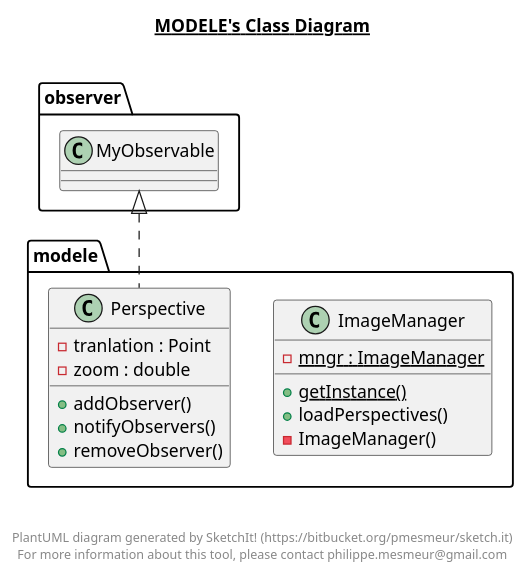
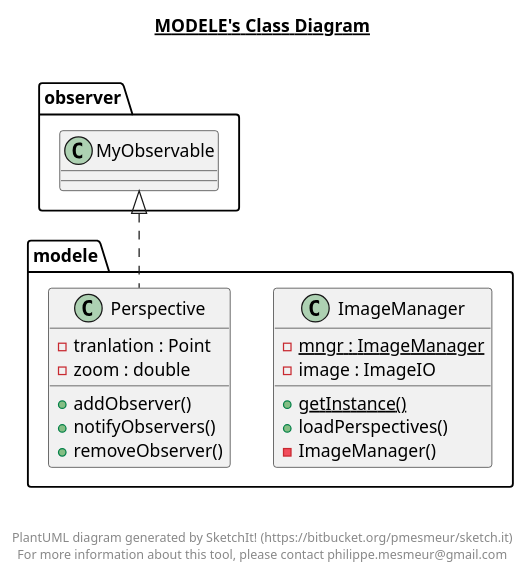
Before and after one commit to ThoLavergne/LOG121Lab3: the diagram in src/modele/modele.plantuml, drawn with PlantUML. The commit also changed 9 other files, not shown here.

Commit message:
Dernier diagramme + squelette modifié

```diff
--- a/src/modele/modele.plantuml
+++ b/src/modele/modele.plantuml
@@ -1,36 +1,37 @@
 @startuml
 
 title __MODELE's Class Diagram__\n
 
   namespace modele {
     class modele.ImageManager {
         {static} - mngr : ImageManager
         {static} + getInstance()
+        - image : ImageIO
         + loadPerspectives()
         - ImageManager()
     }
   }
   
 
   namespace modele {
     class modele.Perspective {
         - tranlation : Point
         - zoom : double
         + addObserver()
         + notifyObservers()
         + removeObserver()
     }
   }
   
 
   modele.Perspective .up.|> observer.MyObservable
 
 
 right footer
 
 
 PlantUML diagram generated by SketchIt! (https://bitbucket.org/pmesmeur/sketch.it)
 For more information about this tool, please contact philippe.mesmeur@gmail.com
 endfooter
 
 @enduml
```
